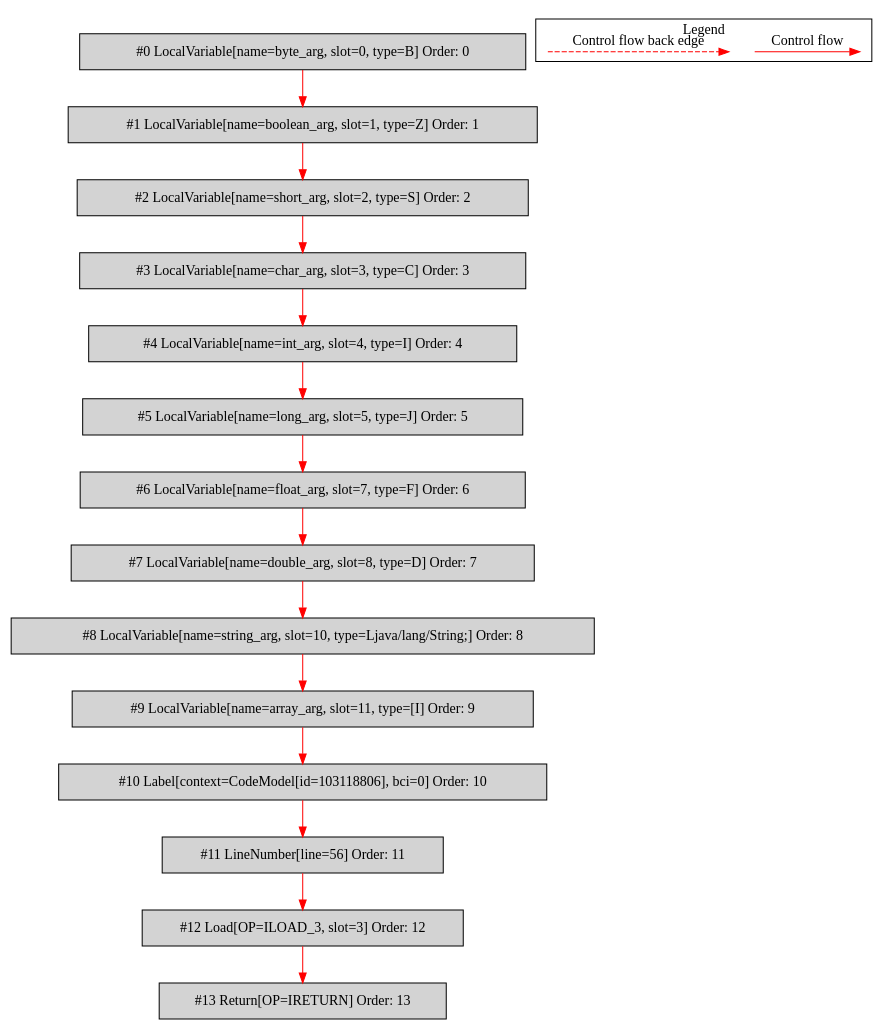
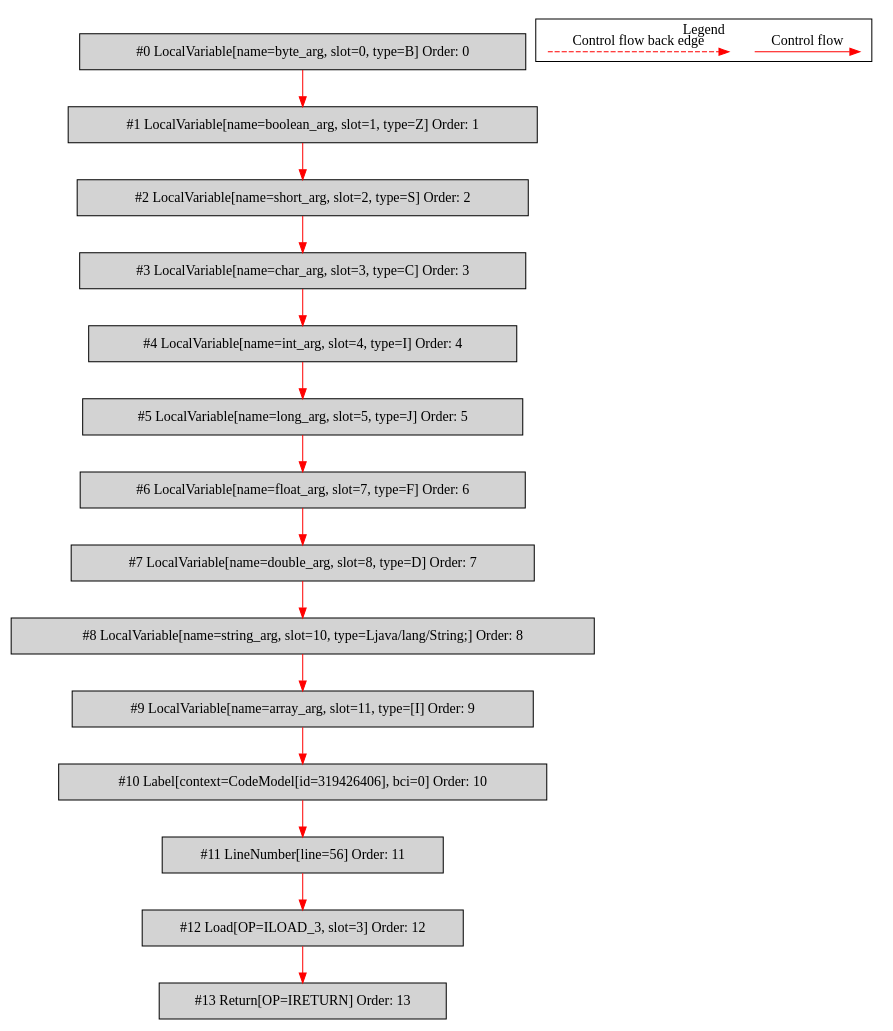
Before and after one commit to mirkosertic/MetaIR: the diagram in de.mirkosertic.metair.ir.examples.MethodInvokeTest/simple_method_return_char/bytecodecfg.dot, drawn with Graphviz. The commit also changed 1234 other files, not shown here.

```diff
--- a/de.mirkosertic.metair.ir.examples.MethodInvokeTest/simple_method_return_char/bytecodecfg.dot
+++ b/de.mirkosertic.metair.ir.examples.MethodInvokeTest/simple_method_return_char/bytecodecfg.dot
@@ -1,44 +1,44 @@
 digraph {
  ordering="in";
  node0[label="#0 LocalVariable[name=byte_arg, slot=0, type=B] Order: 0", shape=box, fillcolor=lightgrey, style=filled];
  node1[label="#1 LocalVariable[name=boolean_arg, slot=1, type=Z] Order: 1", shape=box, fillcolor=lightgrey, style=filled];
  node2[label="#2 LocalVariable[name=short_arg, slot=2, type=S] Order: 2", shape=box, fillcolor=lightgrey, style=filled];
  node3[label="#3 LocalVariable[name=char_arg, slot=3, type=C] Order: 3", shape=box, fillcolor=lightgrey, style=filled];
  node4[label="#4 LocalVariable[name=int_arg, slot=4, type=I] Order: 4", shape=box, fillcolor=lightgrey, style=filled];
  node5[label="#5 LocalVariable[name=long_arg, slot=5, type=J] Order: 5", shape=box, fillcolor=lightgrey, style=filled];
  node6[label="#6 LocalVariable[name=float_arg, slot=7, type=F] Order: 6", shape=box, fillcolor=lightgrey, style=filled];
  node7[label="#7 LocalVariable[name=double_arg, slot=8, type=D] Order: 7", shape=box, fillcolor=lightgrey, style=filled];
  node8[label="#8 LocalVariable[name=string_arg, slot=10, type=Ljava/lang/String;] Order: 8", shape=box, fillcolor=lightgrey, style=filled];
  node9[label="#9 LocalVariable[name=array_arg, slot=11, type=[I] Order: 9", shape=box, fillcolor=lightgrey, style=filled];
- node10[label="#10 Label[context=CodeModel[id=103118806], bci=0] Order: 10", shape=box, fillcolor=lightgrey, style=filled];
+ node10[label="#10 Label[context=CodeModel[id=319426406], bci=0] Order: 10", shape=box, fillcolor=lightgrey, style=filled];
  node11[label="#11 LineNumber[line=56] Order: 11", shape=box, fillcolor=lightgrey, style=filled];
  node12[label="#12 Load[OP=ILOAD_3, slot=3] Order: 12", shape=box, fillcolor=lightgrey, style=filled];
  node13[label="#13 Return[OP=IRETURN] Order: 13", shape=box, fillcolor=lightgrey, style=filled];
  node0 -> node1[color=red];
  node1 -> node2[color=red];
  node2 -> node3[color=red];
  node3 -> node4[color=red];
  node4 -> node5[color=red];
  node5 -> node6[color=red];
  node6 -> node7[color=red];
  node7 -> node8[color=red];
  node8 -> node9[color=red];
  node9 -> node10[color=red];
  node10 -> node11[color=red];
  node11 -> node12[color=red];
  node12 -> node13[color=red];
  subgraph cluster_000 {
   label = "Legend";
   node [shape=point]
   {
    rank=same;
    c0 [style = invis];
    c1 [style = invis];
    c2 [style = invis];
    c3 [style = invis];
   }
   c0 -> c1 [label="Control flow", style=solid, color=red]
   c2 -> c3 [label="Control flow back edge", style=dashed, color=red]
  }
 
 }
```
